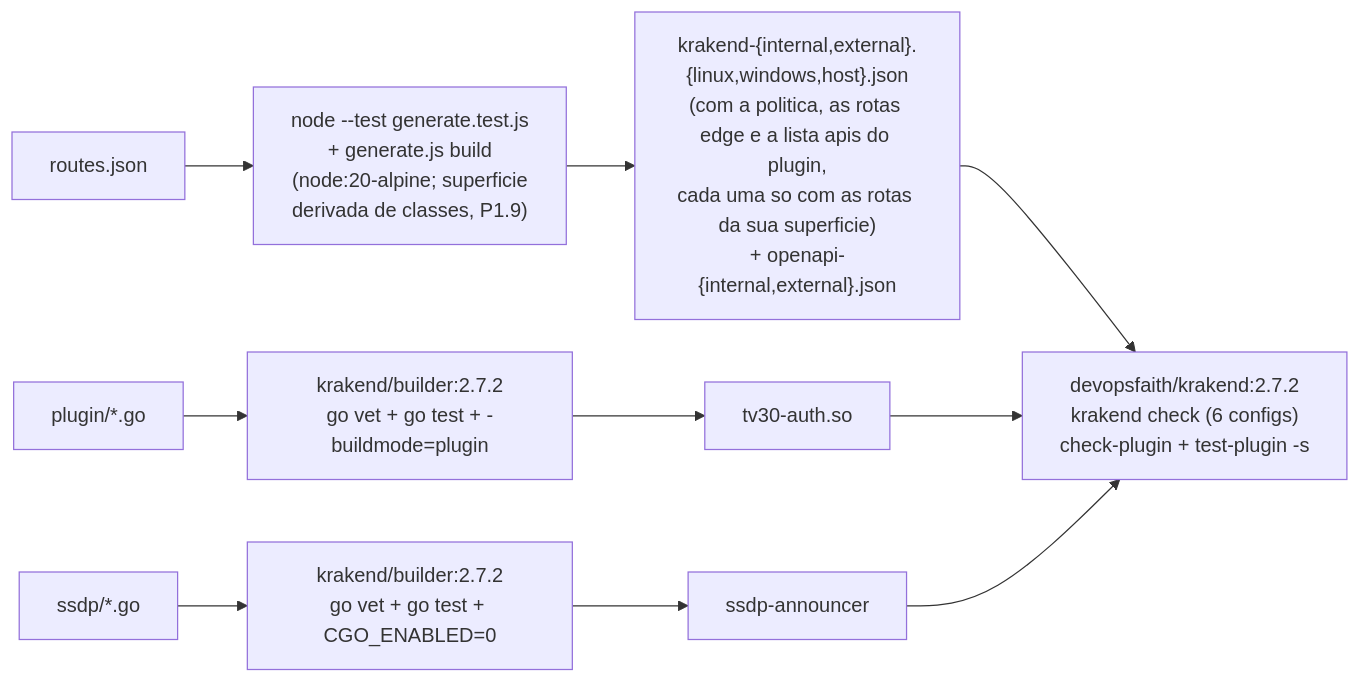
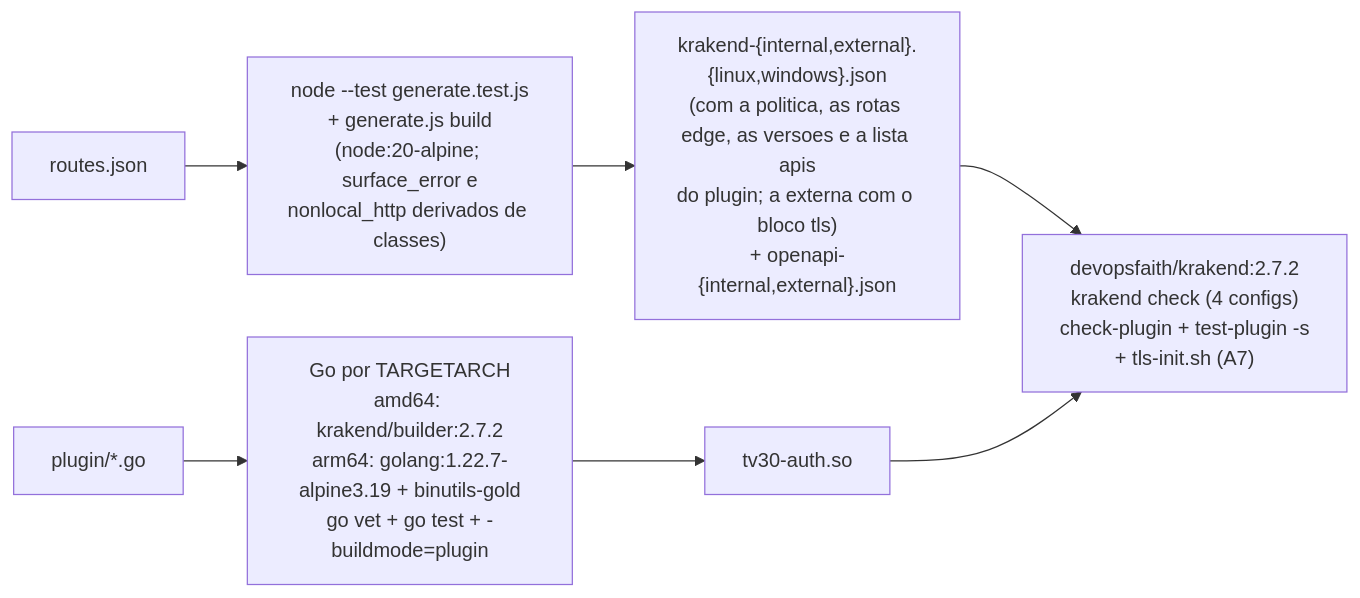
Before and after one commit to multisens/Infra: the second of 2 diagrams in docs/04-pipeline-http.md, drawn with Mermaid. The commit also changed other lines of this file and 41 other files, not shown here.

Commit message:
feat: TLS na 44643, versoes negociadas na borda, anunciante SSDP nativo e classes por superficie

````diff
--- a/docs/04-pipeline-http.md
+++ b/docs/04-pipeline-http.md
@@ -58,12 +63,9 @@
 ```mermaid
 flowchart LR
-    RJ["routes.json"] --> GEN["node --test generate.test.js<br/>+ generate.js build<br/>(node:20-alpine; superficie<br/>derivada de classes, P1.9)"]
-    GEN --> CFG["krakend-{internal,external}.{linux,windows,host}.json<br/>(com a politica, as rotas edge e a lista apis do plugin,<br/>cada uma so com as rotas da sua superficie)<br/>+ openapi-{internal,external}.json"]
-    SRC["plugin/*.go"] --> B["krakend/builder:2.7.2<br/>go vet + go test + -buildmode=plugin"]
+    RJ["routes.json"] --> GEN["node --test generate.test.js<br/>+ generate.js build<br/>(node:20-alpine; surface_error e<br/>nonlocal_http derivados de classes)"]
+    GEN --> CFG["krakend-{internal,external}.{linux,windows}.json<br/>(com a politica, as rotas edge, as versoes e a lista apis<br/>do plugin; a externa com o bloco tls)<br/>+ openapi-{internal,external}.json"]
+    SRC["plugin/*.go"] --> B["Go por TARGETARCH<br/>amd64: krakend/builder:2.7.2<br/>arm64: golang:1.22.7-alpine3.19 + binutils-gold<br/>go vet + go test + -buildmode=plugin"]
     B --> SO["tv30-auth.so"]
-    SSRC["ssdp/*.go"] --> SB["krakend/builder:2.7.2<br/>go vet + go test + CGO_ENABLED=0"]
-    SB --> SBIN["ssdp-announcer"]
-    CFG --> IMG["devopsfaith/krakend:2.7.2<br/>krakend check (6 configs)<br/>check-plugin + test-plugin -s"]
+    CFG --> IMG["devopsfaith/krakend:2.7.2<br/>krakend check (4 configs)<br/>check-plugin + test-plugin -s<br/>+ tls-init.sh (A7)"]
     SO --> IMG
-    SBIN --> IMG
 ```
````
